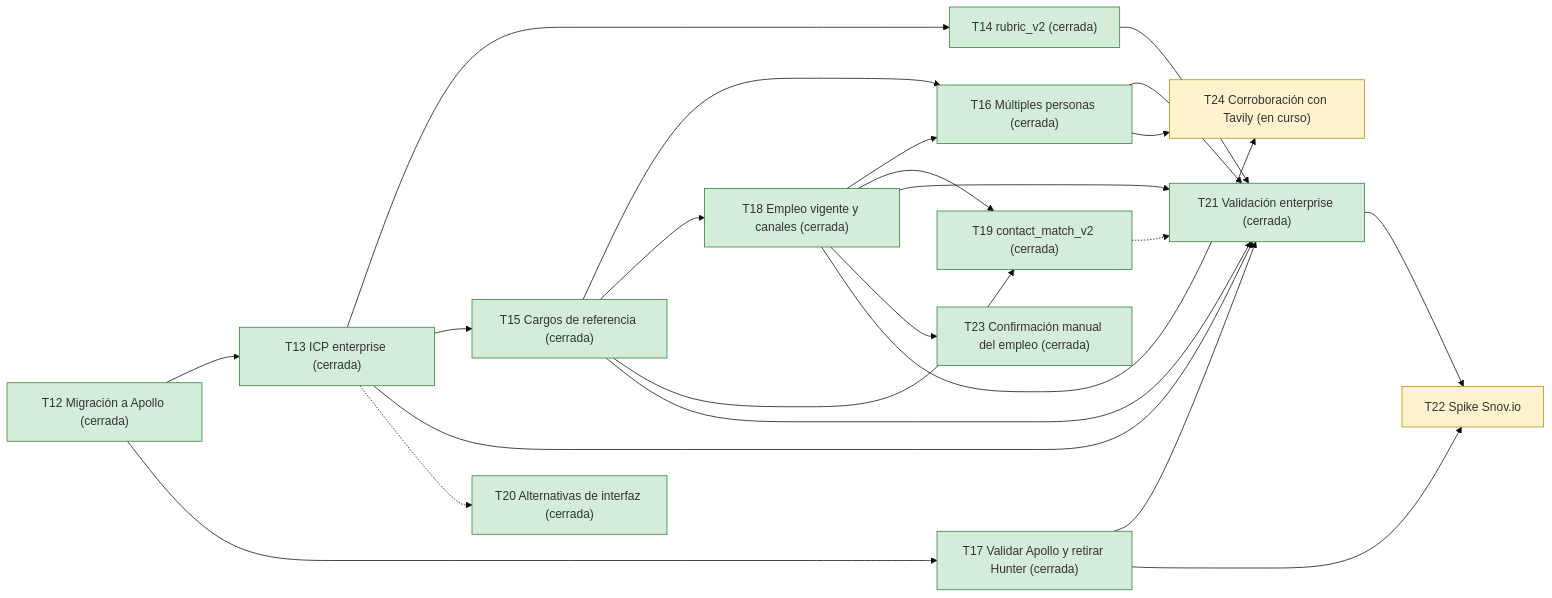
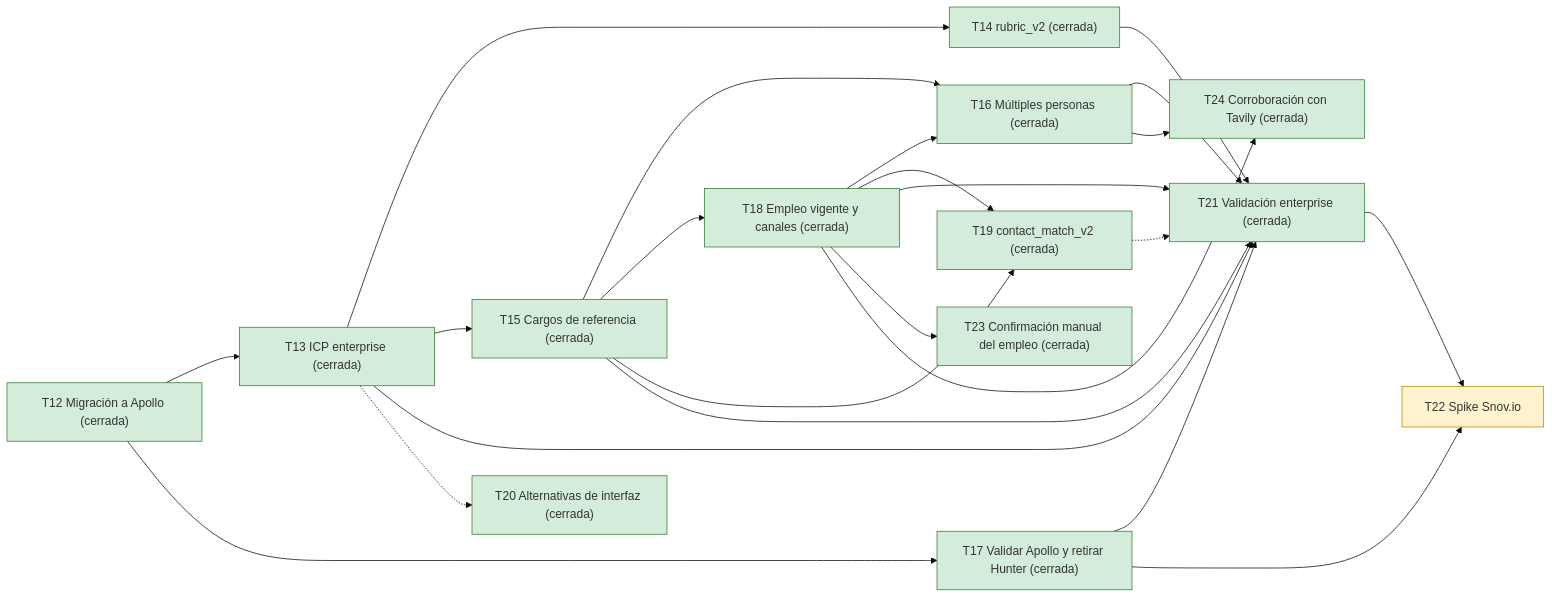
One commit to ThomasSerna/veryfi-prospecting changed the diagram in docs/Roadmap.md. Above: the diagram before and after it, drawn with Mermaid (base theme). The commit also changed other lines of this file, not shown here.

Commit message:
docs: marcar T24 cerrada en el Roadmap

````diff
--- a/docs/Roadmap.md
+++ b/docs/Roadmap.md
@@ -53,40 +52,40 @@
 ```mermaid
 flowchart LR
     T12["T12 Migración a Apollo (cerrada)"]:::closed
     T13["T13 ICP enterprise (cerrada)"]:::closed
     T14["T14 rubric_v2 (cerrada)"]:::closed
     T15["T15 Cargos de referencia (cerrada)"]:::closed
     T16["T16 Múltiples personas (cerrada)"]:::closed
     T17["T17 Validar Apollo y retirar Hunter (cerrada)"]:::closed
     T18["T18 Empleo vigente y canales (cerrada)"]:::closed
     T19["T19 contact_match_v2 (cerrada)"]:::closed
     T20["T20 Alternativas de interfaz (cerrada)"]:::closed
     T21["T21 Validación enterprise (cerrada)"]:::closed
     T22["T22 Spike Snov.io"]:::ready
     T23["T23 Confirmación manual del empleo (cerrada)"]:::closed
-    T24["T24 Corroboración con Tavily (en curso)"]:::ready
+    T24["T24 Corroboración con Tavily (cerrada)"]:::closed
     T12 --> T13
     T12 --> T17
     T13 --> T14
     T13 --> T15
     T15 --> T16
     T15 --> T18
     T15 --> T19
     T18 --> T16
     T18 --> T19
     T13 --> T21
     T14 --> T21
     T15 --> T21
     T16 --> T21
     T17 --> T21
     T18 --> T21
     T21 --> T22
     T17 --> T22
     T13 -.-> T20
     T19 -.-> T21
     T18 --> T23
     T18 --> T24
     T16 --> T24
     classDef closed fill:#d4edda,stroke:#2e7d32
     classDef ready fill:#fff3cd,stroke:#b8860b
 ```
````
